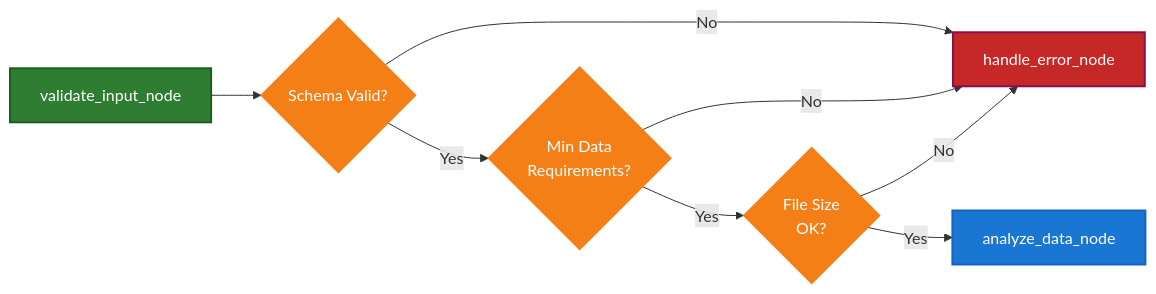
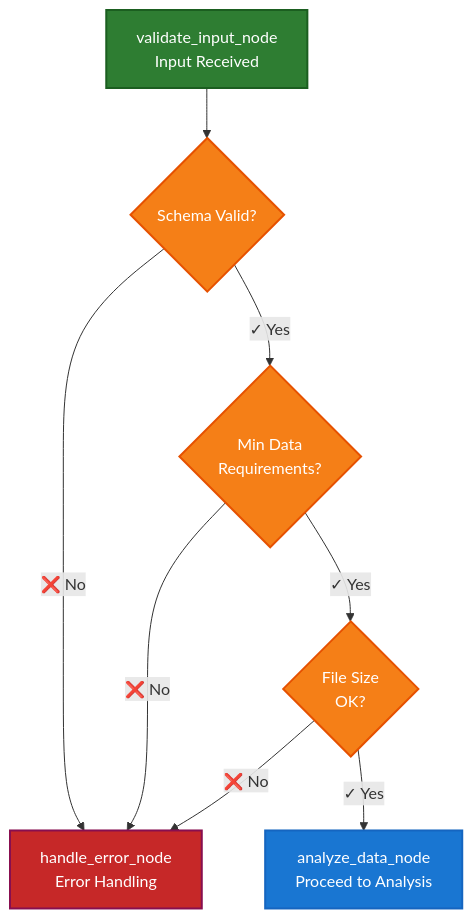
The third of 6 diagrams in README.md (abhijit-ubale/Tableau_Workbook_Generator), drawn with Mermaid before and after one commit. The commit also changed other lines of this file, not shown here.

Commit message:
Abhijit commiting a change

````diff
--- a/README.md
+++ b/README.md
@@ -138,26 +138,26 @@
 ```mermaid
-graph LR
-    VI["validate_input_node"]
+graph TB
+    VI["validate_input_node<br/>Input Received"]
     
-    CR1{Schema Valid?}
-    CR2{Min Data<br/>Requirements?}
-    CR3{File Size<br/>OK?}
+    CR1{"Schema Valid?"}
+    CR2{"Min Data<br/>Requirements?"}
+    CR3{"File Size<br/>OK?"}
     
-    AD["analyze_data_node"]
-    HE["handle_error_node"]
+    AD["analyze_data_node<br/>Proceed to Analysis"]
+    HE["handle_error_node<br/>Error Handling"]
     
     VI --> CR1
-    CR1 -->|No| HE
-    CR1 -->|Yes| CR2
-    CR2 -->|No| HE
-    CR2 -->|Yes| CR3
-    CR3 -->|No| HE
-    CR3 -->|Yes| AD
+    CR1 -->|❌ No| HE
+    CR1 -->|✓ Yes| CR2
+    CR2 -->|❌ No| HE
+    CR2 -->|✓ Yes| CR3
+    CR3 -->|❌ No| HE
+    CR3 -->|✓ Yes| AD
     
     style VI fill:#2E7D32,stroke:#1B5E20,stroke-width:2px,color:#fff
-    style CR1 fill:#F57F17,stroke:#F57F17,stroke-width:2px,color:#fff
-    style CR2 fill:#F57F17,stroke:#F57F17,stroke-width:2px,color:#fff
-    style CR3 fill:#F57F17,stroke:#F57F17,stroke-width:2px,color:#fff
+    style CR1 fill:#F57F17,stroke:#E65100,stroke-width:2px,color:#fff
+    style CR2 fill:#F57F17,stroke:#E65100,stroke-width:2px,color:#fff
+    style CR3 fill:#F57F17,stroke:#E65100,stroke-width:2px,color:#fff
     style AD fill:#1976D2,stroke:#1565C0,stroke-width:2px,color:#fff
     style HE fill:#C62828,stroke:#880E4F,stroke-width:2px,color:#fff
 ```
````
